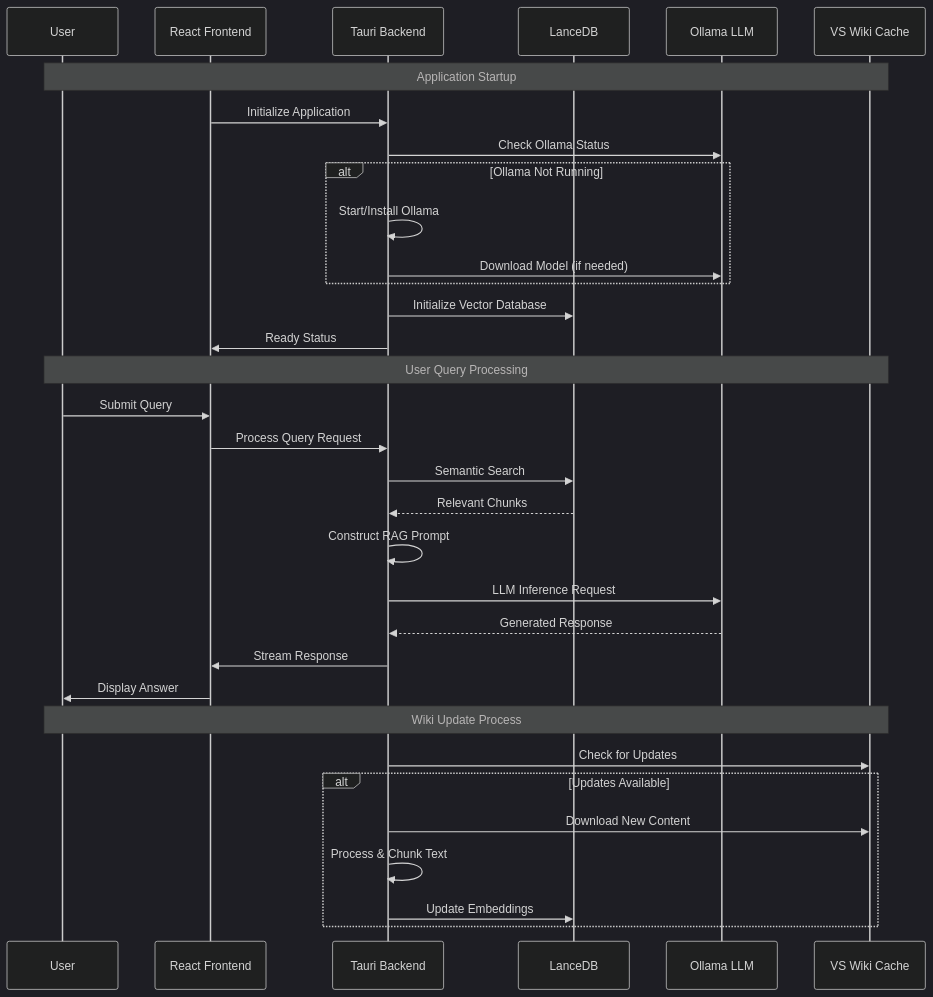
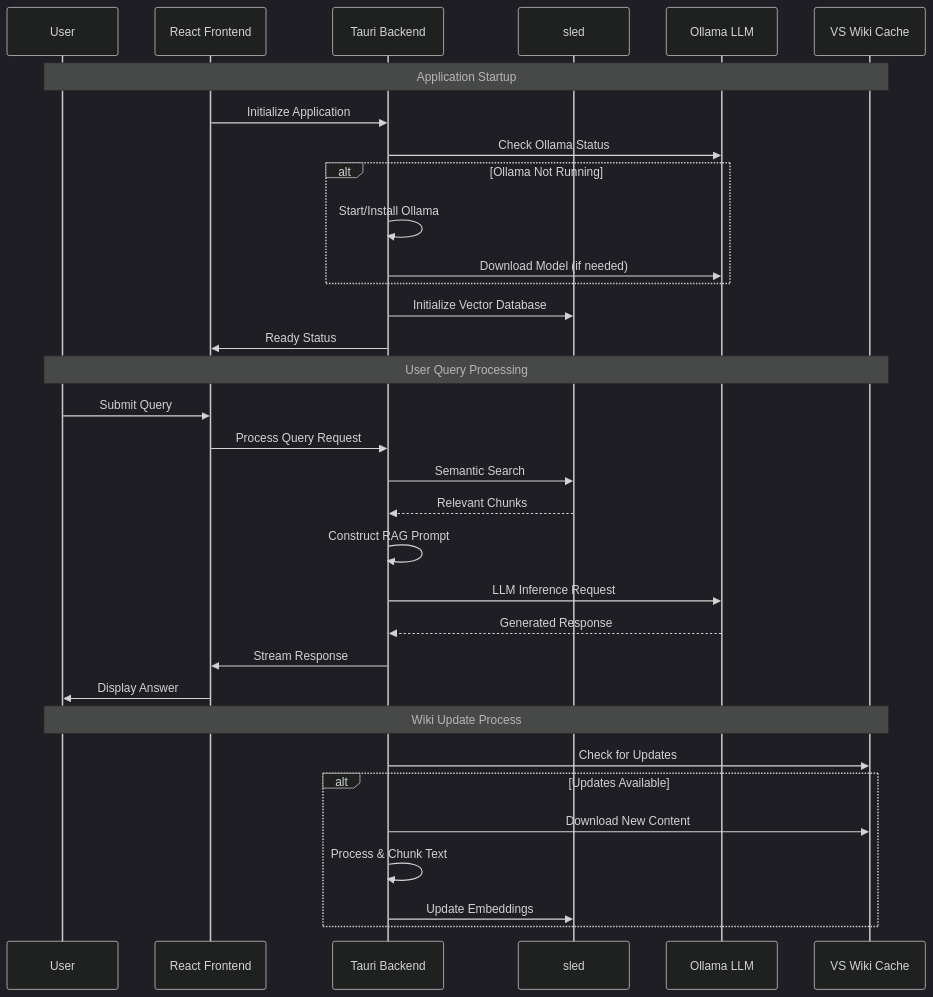
Before and after one commit to rayman546/vintage-story-ai-assistant: the diagram in vintage_story_ai_blueprint.md, drawn with Mermaid (dark theme). The commit also changed other lines of this file and 3 other files, not shown here.

````diff
--- a/vintage_story_ai_blueprint.md
+++ b/vintage_story_ai_blueprint.md
@@ -35,41 +35,41 @@
 ```mermaid
 sequenceDiagram
     participant User
     participant Frontend as React Frontend
     participant Backend as Tauri Backend
-    participant VectorDB as LanceDB
+    participant VectorDB as sled
     participant Ollama as Ollama LLM
     participant Wiki as VS Wiki Cache
 
     Note over User,Wiki: Application Startup
     Frontend->>Backend: Initialize Application
     Backend->>Ollama: Check Ollama Status
     alt Ollama Not Running
         Backend->>Backend: Start/Install Ollama
         Backend->>Ollama: Download Model (if needed)
     end
     Backend->>VectorDB: Initialize Vector Database
     Backend->>Frontend: Ready Status
 
     Note over User,Wiki: User Query Processing
     User->>Frontend: Submit Query
     Frontend->>Backend: Process Query Request
     
     Backend->>VectorDB: Semantic Search
     VectorDB-->>Backend: Relevant Chunks
     
     Backend->>Backend: Construct RAG Prompt
     Backend->>Ollama: LLM Inference Request
     Ollama-->>Backend: Generated Response
     
     Backend->>Frontend: Stream Response
     Frontend->>User: Display Answer
 
     Note over User,Wiki: Wiki Update Process
     Backend->>Wiki: Check for Updates
     alt Updates Available
         Backend->>Wiki: Download New Content
         Backend->>Backend: Process & Chunk Text
         Backend->>VectorDB: Update Embeddings
     end
 ```
````
